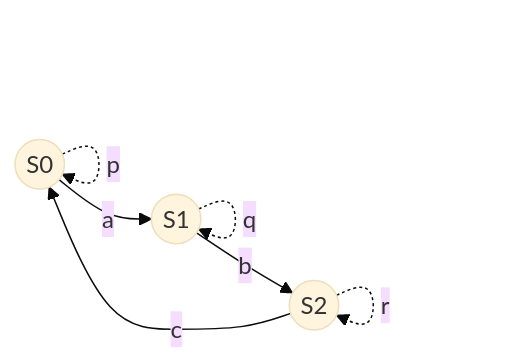
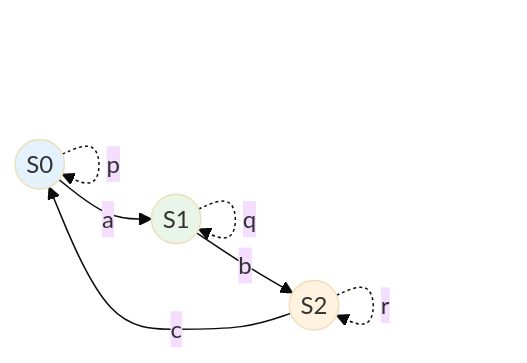
The fourth of 9 diagrams in analysis/1-形式化理论/1.3-时序逻辑与控制/1.3.6-图表与多表征.md (AdaMartin18010/Lean), drawn with Mermaid (base theme) before and after one commit. The commit also changed other lines of this file and 24 other files, not shown here.

````diff
--- a/analysis/1-形式化理论/1.3-时序逻辑与控制/1.3.6-图表与多表征.md
+++ b/analysis/1-形式化理论/1.3-时序逻辑与控制/1.3.6-图表与多表征.md
@@ -57,10 +216,14 @@
 ```mermaid
 graph LR
   S0((S0)) -->|a| S1((S1))
   S1 -->|b| S2((S2))
   S2 -->|c| S0
   
   S0 -.->|p| S0
   S1 -.->|q| S1
   S2 -.->|r| S2
+  
+  style S0 fill:#e3f2fd
+  style S1 fill:#e8f5e8
+  style S2 fill:#fff3e0
 ```
````
